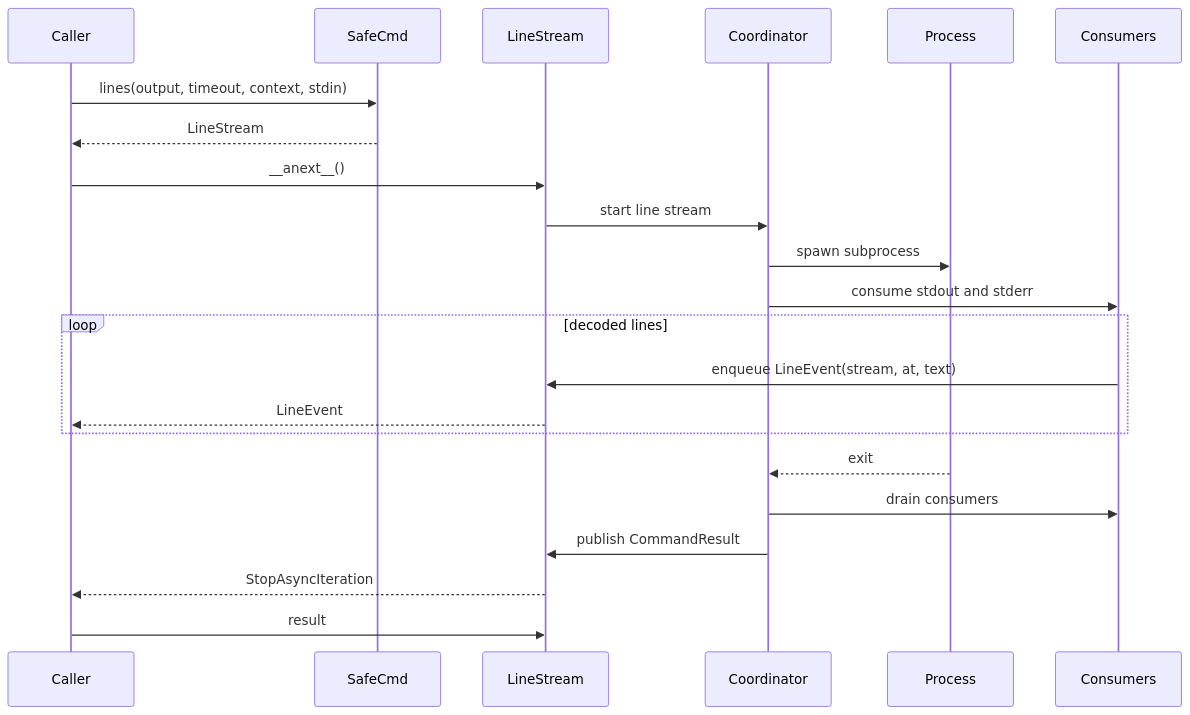
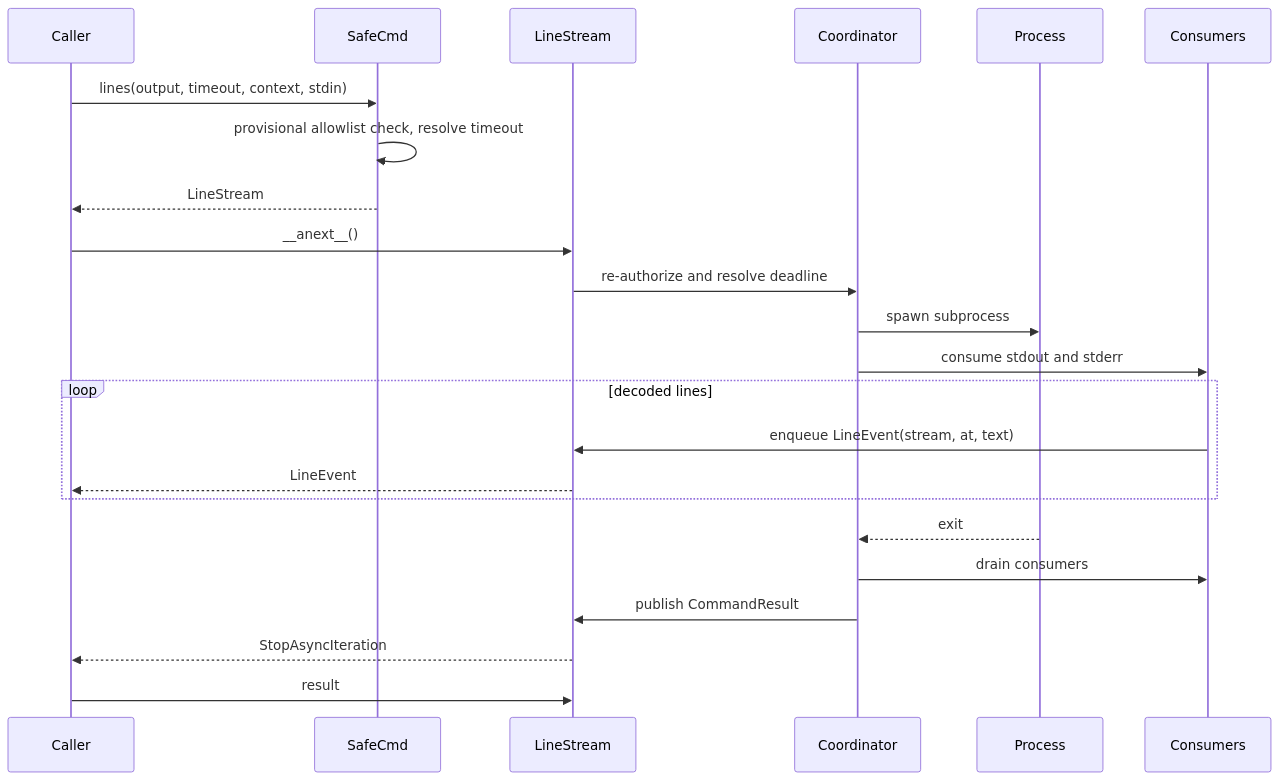
One commit to leynos/cuprum changed diagram 16 of 21 in docs/cuprum-design.md. Above: the diagram before and after it, drawn with Mermaid. The commit also changed other lines of this file and 2 other files, not shown here.

First line of the commit message:
Document deferred line-stream authorization

````diff
--- a/docs/cuprum-design.md
+++ b/docs/cuprum-design.md
@@ -3505,25 +3537,26 @@
 ```mermaid
 sequenceDiagram
     participant Caller
     participant SafeCmd
     participant LineStream
     participant Coordinator
     participant Process
     participant Consumers
 
     Caller->>SafeCmd: lines(output, timeout, context, stdin)
+    SafeCmd->>SafeCmd: provisional allowlist check, resolve timeout
     SafeCmd-->>Caller: LineStream
     Caller->>LineStream: __anext__()
-    LineStream->>Coordinator: start line stream
+    LineStream->>Coordinator: re-authorize and resolve deadline
     Coordinator->>Process: spawn subprocess
     Coordinator->>Consumers: consume stdout and stderr
     loop decoded lines
         Consumers->>LineStream: enqueue LineEvent(stream, at, text)
         LineStream-->>Caller: LineEvent
     end
     Process-->>Coordinator: exit
     Coordinator->>Consumers: drain consumers
     Coordinator->>LineStream: publish CommandResult
     LineStream-->>Caller: StopAsyncIteration
     Caller->>LineStream: result
 ```
````
